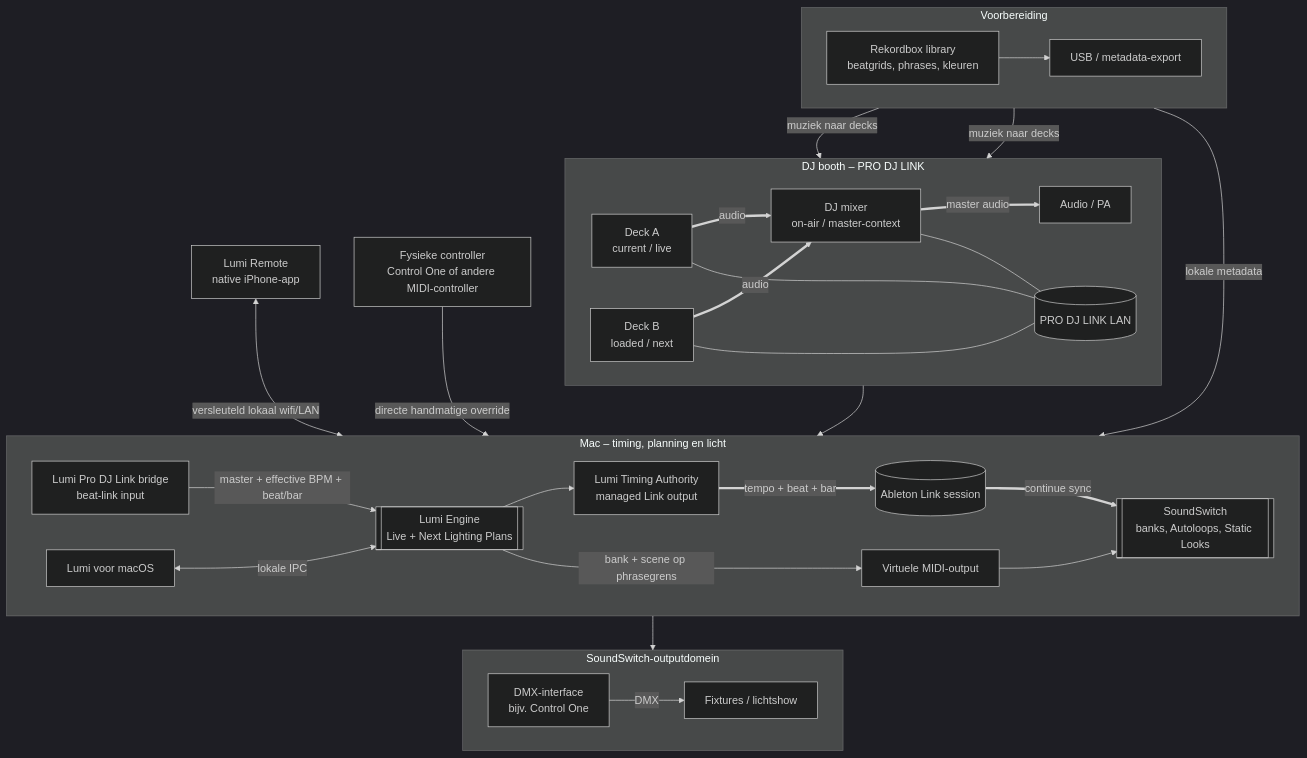
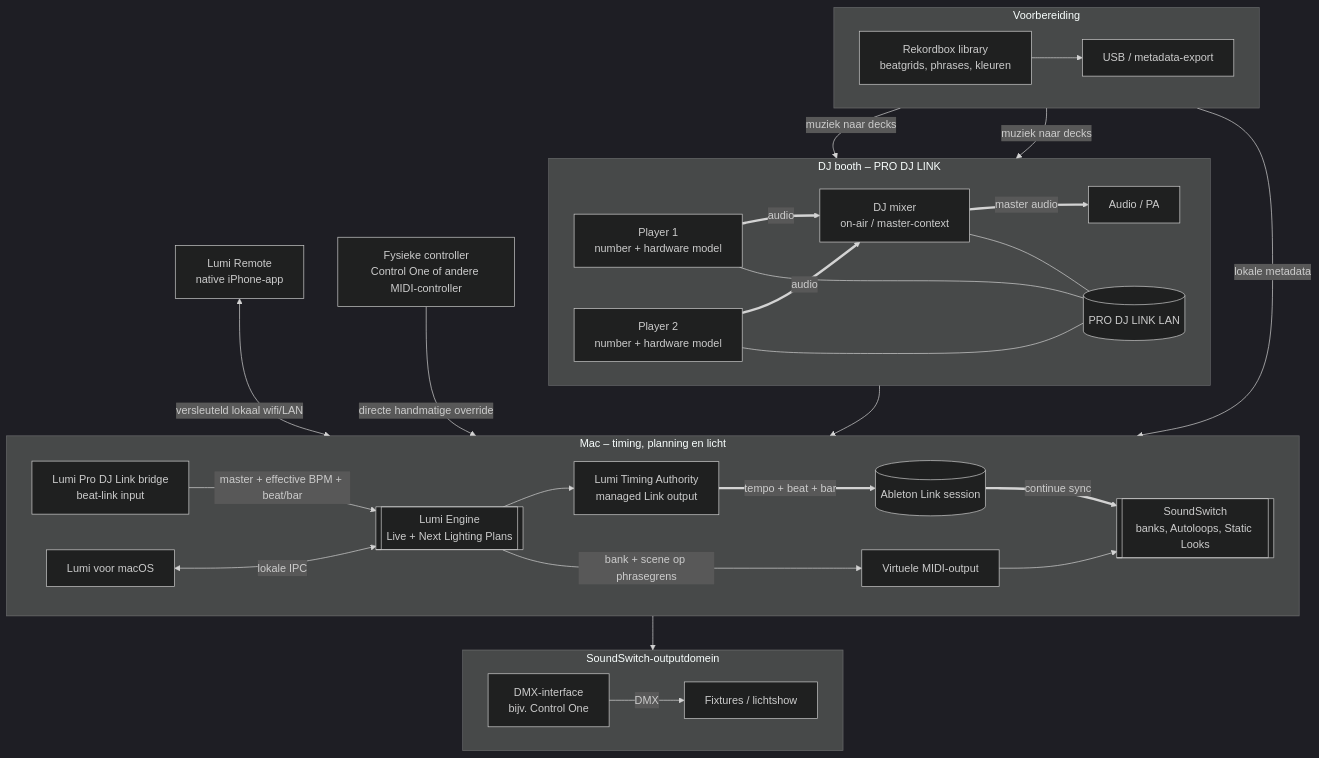
One commit to victorblanco-tech/lumi changed the first of 3 diagrams in docs/architecture/visual-overview.md. Above: the diagram before and after it, drawn with Mermaid (dark theme). The commit also changed 31 other files, not shown here.

````diff
--- a/docs/architecture/visual-overview.md
+++ b/docs/architecture/visual-overview.md
@@ -11,62 +11,62 @@
 ```mermaid
 flowchart TB
   subgraph preparation["Voorbereiding"]
     direction LR
     RB["Rekordbox library<br/>beatgrids, phrases, kleuren"]
     EXPORT["USB / metadata-export"]
     RB --> EXPORT
   end
 
   subgraph booth["DJ booth – PRO DJ LINK"]
     direction LR
-    DECKA["Deck A<br/>current / live"]
-    DECKB["Deck B<br/>loaded / next"]
+    DECKA["Player 1<br/>number + hardware model"]
+    DECKB["Player 2<br/>number + hardware model"]
     MIXER["DJ mixer<br/>on-air / master-context"]
     LAN[("PRO DJ LINK LAN")]
     PA["Audio / PA"]
 
     DECKA ==>|"audio"| MIXER
     DECKB ==>|"audio"| MIXER
     MIXER ==>|"master audio"| PA
     DECKA --- LAN
     DECKB --- LAN
     MIXER --- LAN
   end
 
   subgraph mac["Mac – timing, planning en licht"]
     direction LR
     PROLINK["Lumi Pro DJ Link bridge<br/>beat-link input"]
     TIMING["Lumi Timing Authority<br/>managed Link output"]
     LINK[("Ableton Link session")]
     LUMI[["Lumi Engine<br/>Live + Next Lighting Plans"]]
     MACUI["Lumi voor macOS"]
     IAC["Virtuele MIDI-output"]
     SS[["SoundSwitch<br/>banks, Autoloops, Static Looks"]]
 
     PROLINK -->|"master + effective BPM + beat/bar"| LUMI
     LUMI --> TIMING
     TIMING ==>|"tempo + beat + bar"| LINK
     LINK ==>|"continue sync"| SS
     MACUI <-->|"lokale IPC"| LUMI
     LUMI -->|"bank + scene op phrasegrens"| IAC
     IAC --> SS
   end
 
   PHONE["Lumi Remote<br/>native iPhone-app"]
   CONTROL["Fysieke controller<br/>Control One of andere MIDI-controller"]
 
   subgraph output["SoundSwitch-outputdomein"]
     direction LR
     DMX["DMX-interface<br/>bijv. Control One"]
     FIXTURES["Fixtures / lichtshow"]
     DMX -->|"DMX"| FIXTURES
   end
 
   EXPORT -->|"muziek naar decks"| DECKA
   EXPORT -->|"muziek naar decks"| DECKB
   EXPORT -->|"lokale metadata"| LUMI
   LAN --> PROLINK
   PHONE <-->|"versleuteld lokaal wifi/LAN"| LUMI
   CONTROL -->|"directe handmatige override"| SS
   SS --> DMX
 ```
````
